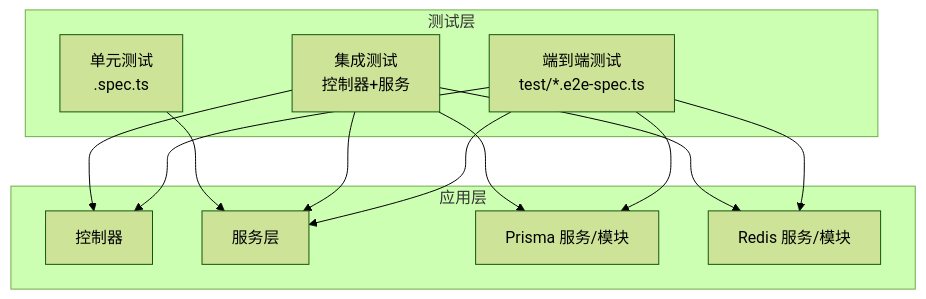
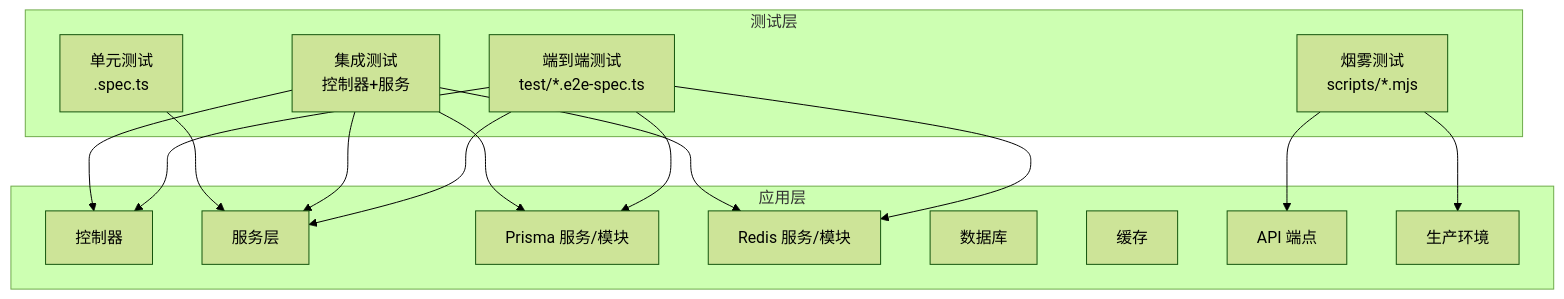
Before and after one commit to rc558620/purelyprofit-server: the first of 12 diagrams in .qoder/repowiki/zh/content/测试策略/测试策略.md, drawn with Mermaid (forest theme). The commit also changed other lines of this file and 26 other files, not shown here.

````diff
--- a/.qoder/repowiki/zh/content/测试策略/测试策略.md
+++ b/.qoder/repowiki/zh/content/测试策略/测试策略.md
@@ -105,23 +69,30 @@
 ```mermaid
 graph TB
 subgraph "测试层"
 UT["单元测试<br/>.spec.ts"]
 IT["集成测试<br/>控制器+服务"]
 E2E["端到端测试<br/>test/*.e2e-spec.ts"]
+SMOKE["烟雾测试<br/>scripts/*.mjs"]
 end
 subgraph "应用层"
 CTRL["控制器"]
 SVC["服务层"]
 PRISMA["Prisma 服务/模块"]
 REDIS["Redis 服务/模块"]
+DB["数据库"]
+CACHE["缓存"]
+ENDPOINT["API 端点"]
+PROD["生产环境"]
 end
 UT --> SVC
 IT --> CTRL
 IT --> SVC
 IT --> PRISMA
 IT --> REDIS
 E2E --> CTRL
 E2E --> SVC
 E2E --> PRISMA
 E2E --> REDIS
+SMOKE --> ENDPOINT
+SMOKE --> PROD
 ```
````
